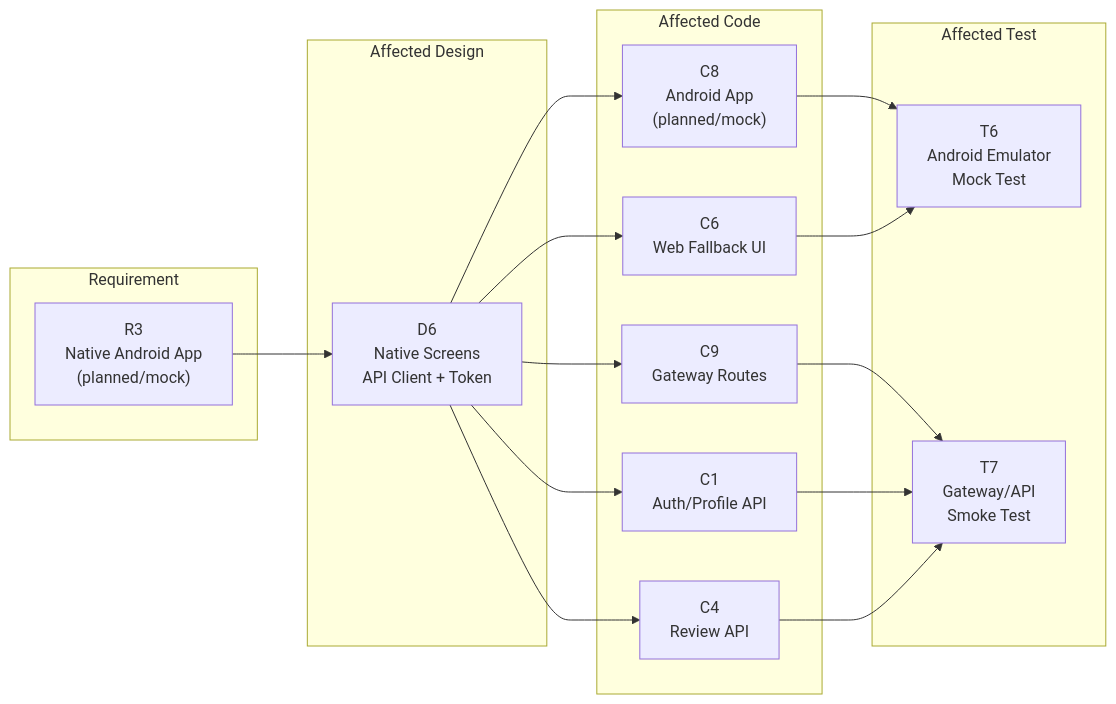
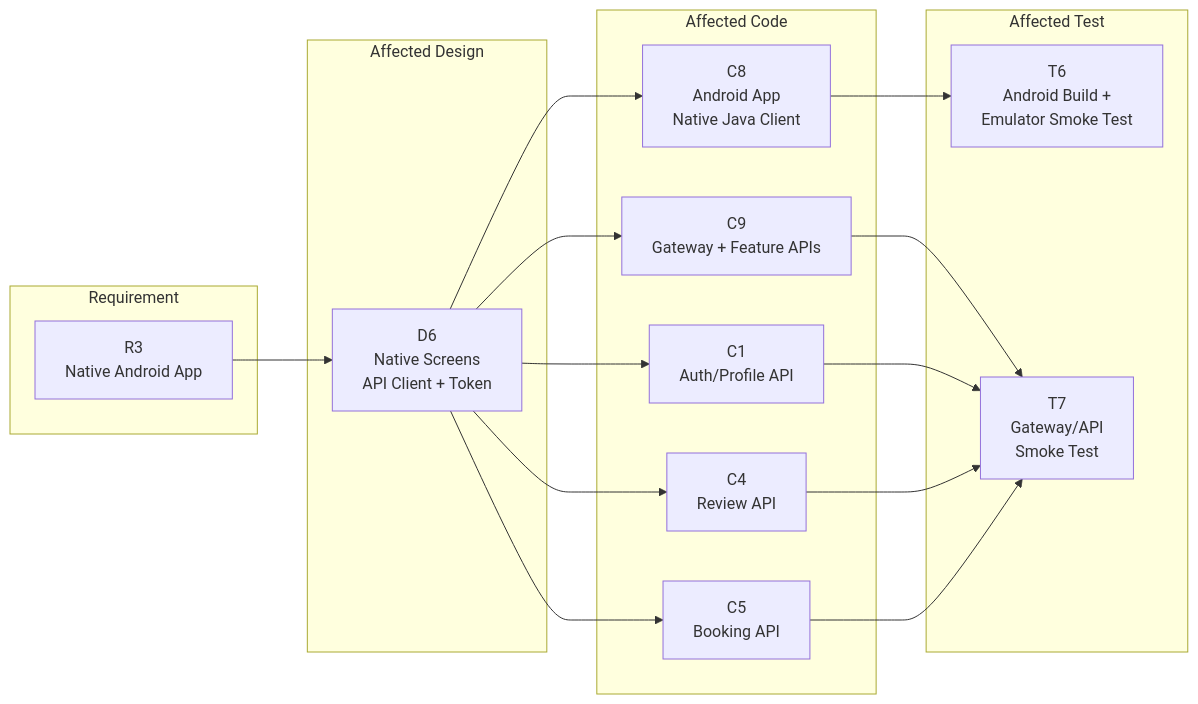
Before and after one commit to Fool-Penguin/2025-ITCS383-Bughair: the fourth of 5 diagrams in D4_IMPACT_ANALYSIS.md, drawn with Mermaid. The commit also changed other lines of this file and 1 other file, not shown here.

Commit message:
Update D4 Android impact analysis

````diff
--- a/D4_IMPACT_ANALYSIS.md
+++ b/D4_IMPACT_ANALYSIS.md
@@ -253,35 +253,35 @@
 ```mermaid
 flowchart LR
     subgraph REQ["Requirement"]
-        R3["R3<br/>Native Android App<br/>(planned/mock)"]
+        R3["R3<br/>Native Android App"]
     end
 
     subgraph DES["Affected Design"]
         D6["D6<br/>Native Screens<br/>API Client + Token"]
     end
 
     subgraph CODE["Affected Code"]
-        C8["C8<br/>Android App<br/>(planned/mock)"]
-        C9["C9<br/>Gateway Routes"]
+        C8["C8<br/>Android App<br/>Native Java Client"]
+        C9["C9<br/>Gateway + Feature APIs"]
         C1["C1<br/>Auth/Profile API"]
         C4["C4<br/>Review API"]
-        C6["C6<br/>Web Fallback UI"]
+        C5["C5<br/>Booking API"]
     end
 
     subgraph TEST["Affected Test"]
-        T6["T6<br/>Android Emulator<br/>Mock Test"]
+        T6["T6<br/>Android Build +<br/>Emulator Smoke Test"]
         T7["T7<br/>Gateway/API<br/>Smoke Test"]
     end
 
     R3 --> D6
     D6 --> C8
     D6 --> C9
     D6 --> C1
     D6 --> C4
-    D6 --> C6
+    D6 --> C5
     C8 --> T6
     C9 --> T7
     C1 --> T7
     C4 --> T7
-    C6 --> T6
+    C5 --> T7
 ```
````
